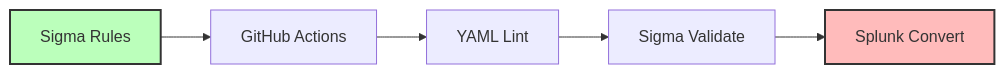
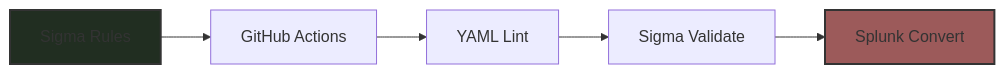
One commit to Ashutosh-Yadav-256/TriageOps-Open-Source-SOAR-Detection-Pipeline changed the second of 2 diagrams in README.md. Above: the diagram before and after it, drawn with Mermaid. The commit also changed other lines of this file, not shown here.

````diff
--- a/README.md
+++ b/README.md
@@ -23,10 +23,10 @@
 ```mermaid
 graph LR
     A[Sigma Rules] --> B[GitHub Actions]
     B --> C[YAML Lint]
     C --> D[Sigma Validate]
     D --> E[Splunk Convert]
 
-    style A fill:#bfb,stroke:#333,stroke-width:2px
-    style E fill:#fbb,stroke:#333,stroke-width:2px
+    style A fill:#212e21,stroke:#333,stroke-width:2px
+    style E fill:#9c5a5a,stroke:#333,stroke-width:2px
 ```
````
